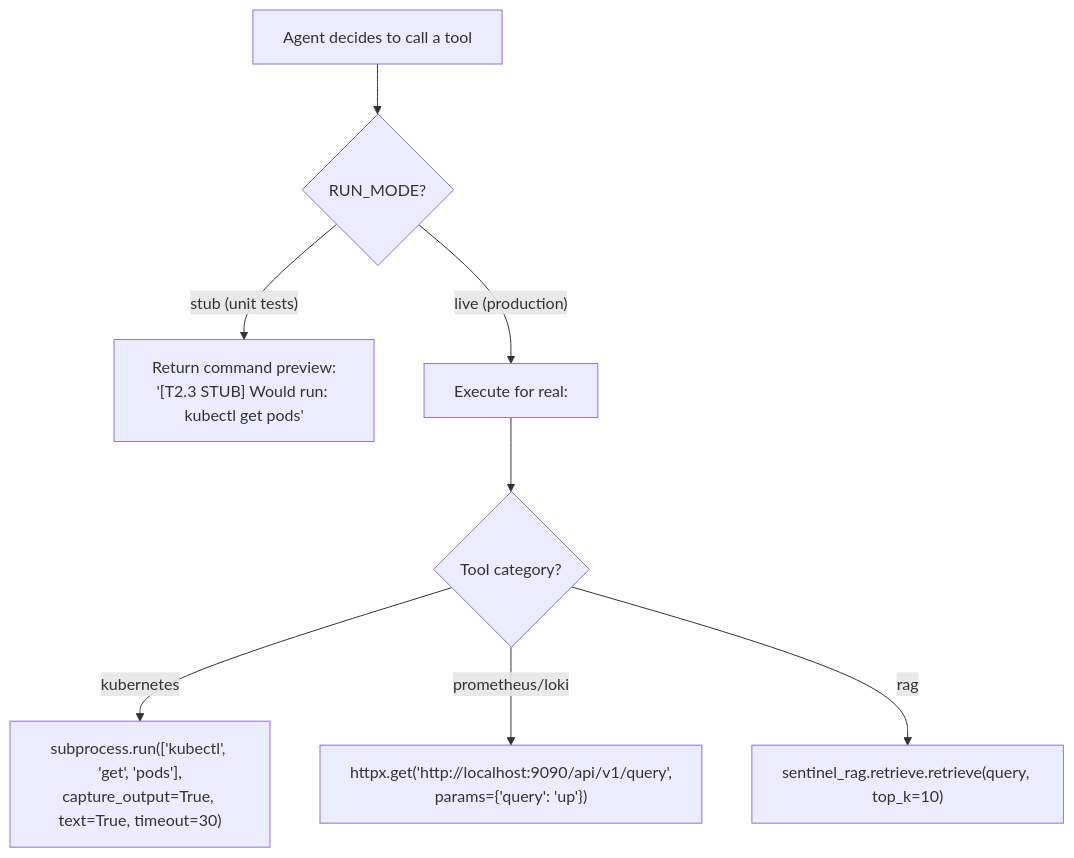
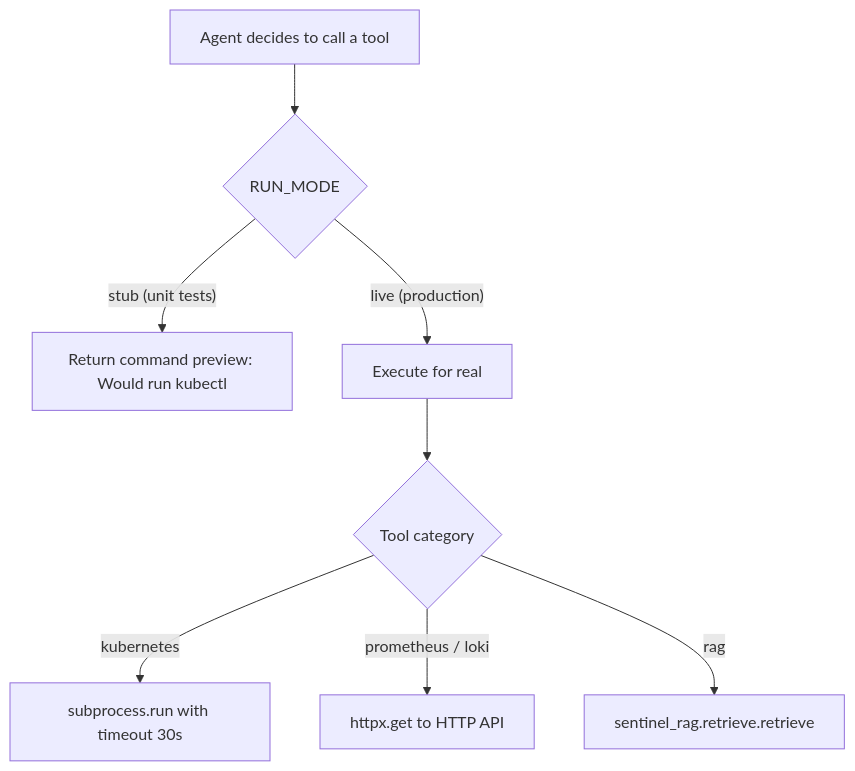
The tenth of 29 diagrams in docs/PHASE2_EXPLAINED.md (yessine15/sentinel), drawn with Mermaid before and after one commit. The commit also changed other lines of this file, not shown here.

First line of the commit message:
docs: fix all mermaid v11.15.0 syntax errors in Phase 2 guide

````diff
--- a/docs/PHASE2_EXPLAINED.md
+++ b/docs/PHASE2_EXPLAINED.md
@@ -450,12 +439,12 @@
 ```mermaid
 flowchart TD
-    START["Agent decides to call a tool"] --> MODE{"RUN_MODE?"}
+    START["Agent decides to call a tool"] --> MODE{"RUN_MODE"}
 
-    MODE -->|"stub (unit tests)"| STUB["Return command preview:<br/>'[T2.3 STUB] Would run: kubectl get pods'"]
-    MODE -->|"live (production)"| LIVE["Execute for real:"]
+    MODE -->|"stub (unit tests)"| STUB["Return command preview: Would run kubectl"]
+    MODE -->|"live (production)"| LIVE["Execute for real"]
 
-    LIVE --> ROUTE{"Tool category?"}
-    ROUTE -->|"kubernetes"| KUBE["subprocess.run(['kubectl', 'get', 'pods'],<br/>capture_output=True, text=True, timeout=30)"]
-    ROUTE -->|"prometheus/loki"| HTTP["httpx.get('http://localhost:9090/api/v1/query',<br/>params={'query': 'up'})"]
-    ROUTE -->|"rag"| RAG["sentinel_rag.retrieve.retrieve(query, top_k=10)"]
+    LIVE --> ROUTE{"Tool category"}
+    ROUTE -->|"kubernetes"| KUBE["subprocess.run with timeout 30s"]
+    ROUTE -->|"prometheus / loki"| HTTP["httpx.get to HTTP API"]
+    ROUTE -->|"rag"| RAG["sentinel_rag.retrieve.retrieve"]
 ```
````
